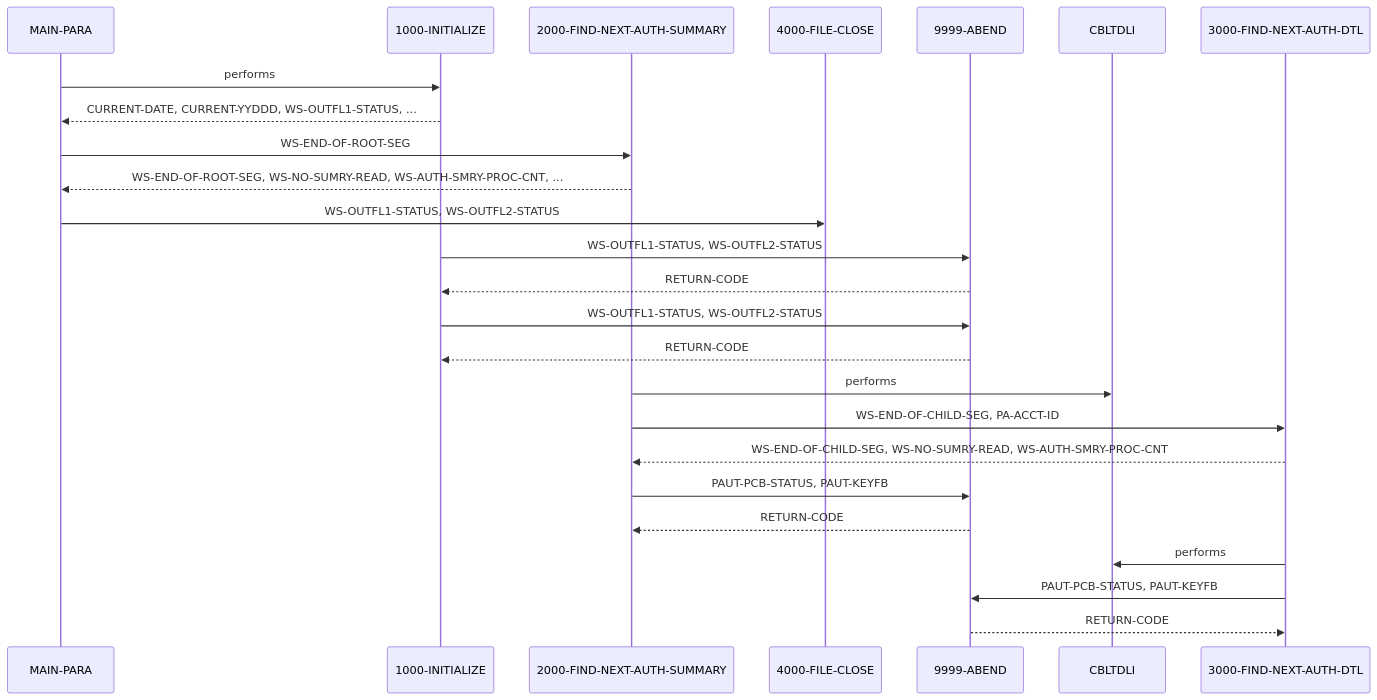
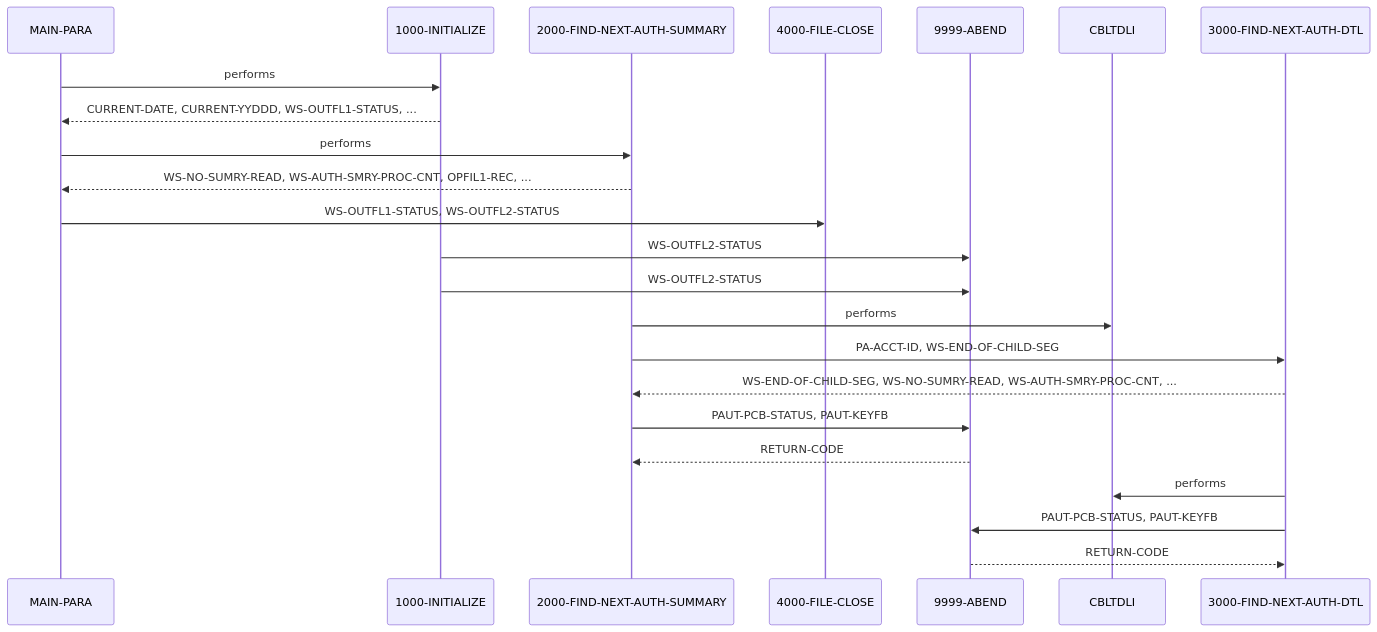
The second of 2 diagrams in example_output/cbl/PAUDBUNL.CBL.md (andrasfe/war_rig), drawn with Mermaid before and after one commit. The commit also changed other lines of this file and 137 other files, not shown here.

Commit message:
added new examples with knowledge graph implemented

````diff
--- a/example_output/cbl/PAUDBUNL.CBL.md
+++ b/example_output/cbl/PAUDBUNL.CBL.md
@@ -97,20 +93,18 @@
 ```mermaid
 sequenceDiagram
     MAIN-PARA->>1000-INITIALIZE: performs
     1000-INITIALIZE-->>MAIN-PARA: CURRENT-DATE, CURRENT-YYDDD, WS-OUTFL1-STATUS, ...
-    MAIN-PARA->>2000-FIND-NEXT-AUTH-SUMMARY: WS-END-OF-ROOT-SEG
-    2000-FIND-NEXT-AUTH-SUMMARY-->>MAIN-PARA: WS-END-OF-ROOT-SEG, WS-NO-SUMRY-READ, WS-AUTH-SMRY-PROC-CNT, ...
+    MAIN-PARA->>2000-FIND-NEXT-AUTH-SUMMARY: performs
+    2000-FIND-NEXT-AUTH-SUMMARY-->>MAIN-PARA: WS-NO-SUMRY-READ, WS-AUTH-SMRY-PROC-CNT, OPFIL1-REC, ...
     MAIN-PARA->>4000-FILE-CLOSE: WS-OUTFL1-STATUS, WS-OUTFL2-STATUS
-    1000-INITIALIZE->>9999-ABEND: WS-OUTFL1-STATUS, WS-OUTFL2-STATUS
-    9999-ABEND-->>1000-INITIALIZE: RETURN-CODE
-    1000-INITIALIZE->>9999-ABEND: WS-OUTFL1-STATUS, WS-OUTFL2-STATUS
-    9999-ABEND-->>1000-INITIALIZE: RETURN-CODE
+    1000-INITIALIZE->>9999-ABEND: WS-OUTFL2-STATUS
+    1000-INITIALIZE->>9999-ABEND: WS-OUTFL2-STATUS
     2000-FIND-NEXT-AUTH-SUMMARY->>CBLTDLI: performs
-    2000-FIND-NEXT-AUTH-SUMMARY->>3000-FIND-NEXT-AUTH-DTL: WS-END-OF-CHILD-SEG, PA-ACCT-ID
-    3000-FIND-NEXT-AUTH-DTL-->>2000-FIND-NEXT-AUTH-SUMMARY: WS-END-OF-CHILD-SEG, WS-NO-SUMRY-READ, WS-AUTH-SMRY-PROC-CNT
+    2000-FIND-NEXT-AUTH-SUMMARY->>3000-FIND-NEXT-AUTH-DTL: PA-ACCT-ID, WS-END-OF-CHILD-SEG
+    3000-FIND-NEXT-AUTH-DTL-->>2000-FIND-NEXT-AUTH-SUMMARY: WS-END-OF-CHILD-SEG, WS-NO-SUMRY-READ, WS-AUTH-SMRY-PROC-CNT, ...
     2000-FIND-NEXT-AUTH-SUMMARY->>9999-ABEND: PAUT-PCB-STATUS, PAUT-KEYFB
     9999-ABEND-->>2000-FIND-NEXT-AUTH-SUMMARY: RETURN-CODE
     3000-FIND-NEXT-AUTH-DTL->>CBLTDLI: performs
     3000-FIND-NEXT-AUTH-DTL->>9999-ABEND: PAUT-PCB-STATUS, PAUT-KEYFB
     9999-ABEND-->>3000-FIND-NEXT-AUTH-DTL: RETURN-CODE
 ```
````
